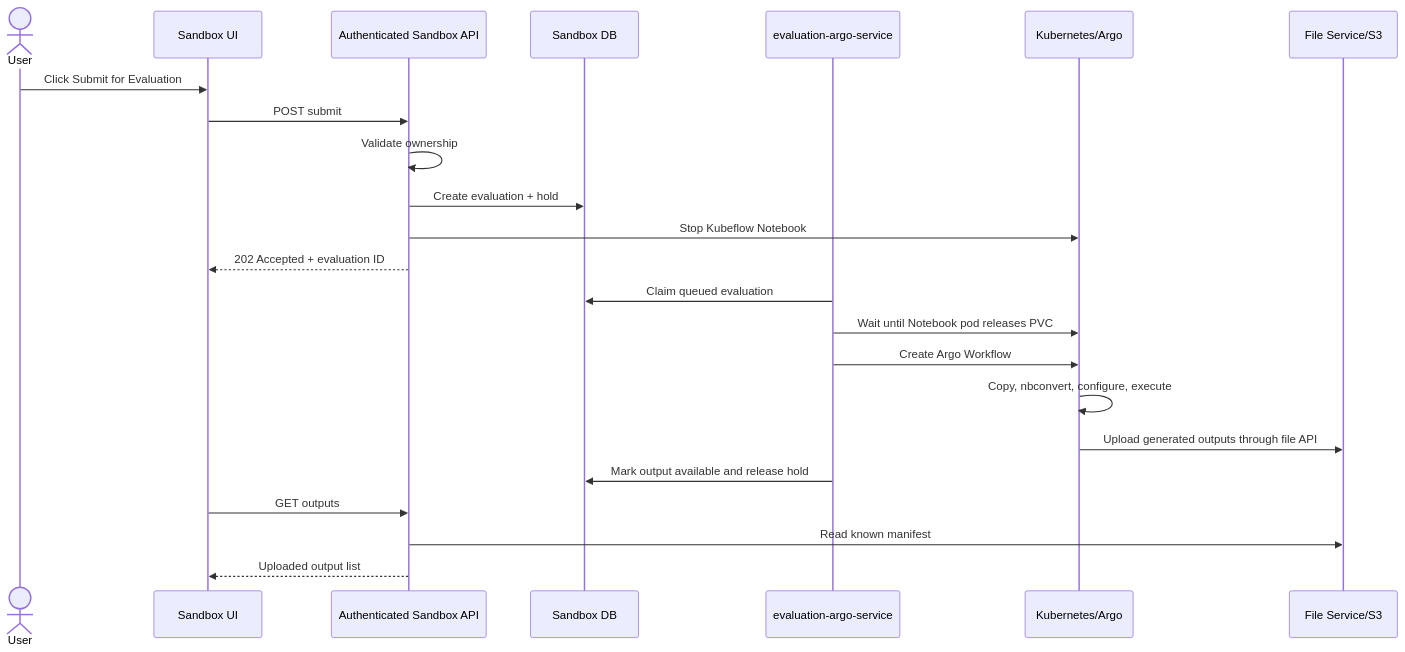
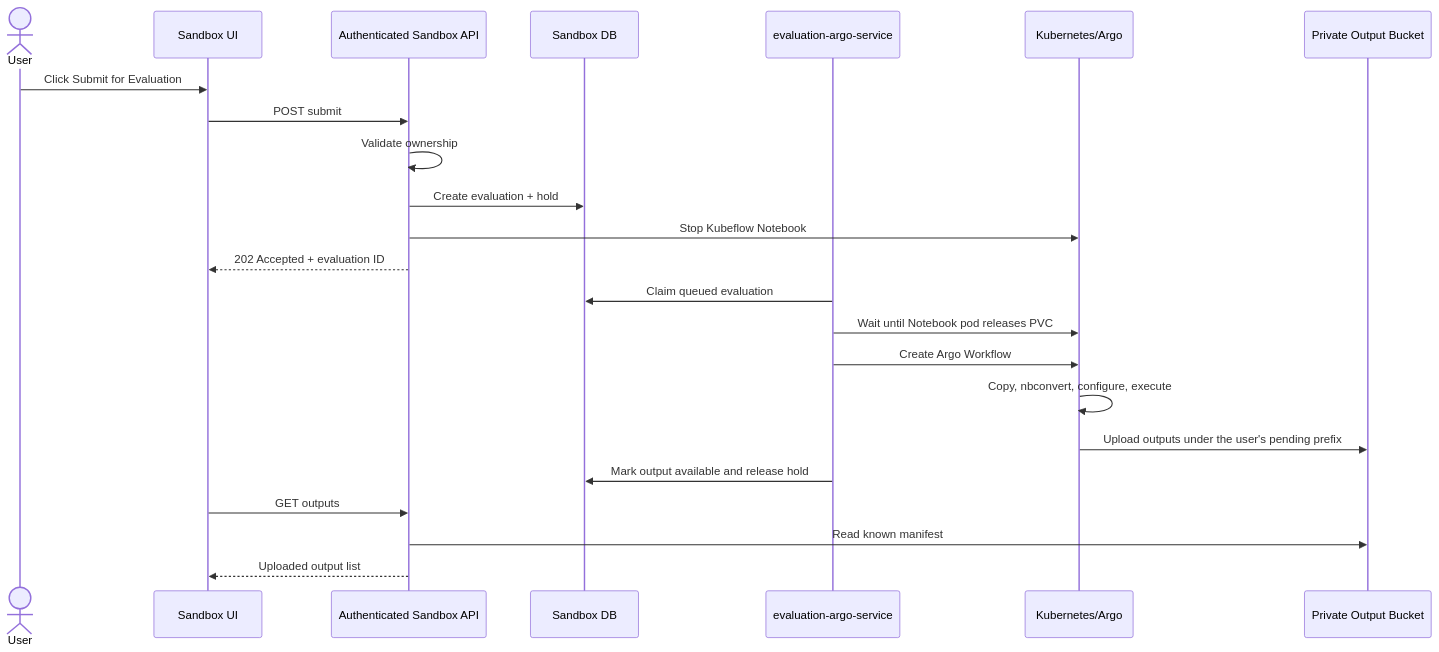
One commit to datakaveri/sandbox-connect-api changed the second of 3 diagrams in docs/evaluation-argo-service-architecture-draft.md. Above: the diagram before and after it, drawn with Mermaid. The commit also changed other lines of this file, not shown here.

Commit message:
docs: use bucket storage for evaluation demo

````diff
--- a/docs/evaluation-argo-service-architecture-draft.md
+++ b/docs/evaluation-argo-service-architecture-draft.md
@@ -129,26 +145,26 @@
 ```mermaid
 sequenceDiagram
     actor U as User
     participant UI as Sandbox UI
     participant S as Authenticated Sandbox API
     participant D as Sandbox DB
     participant P as evaluation-argo-service
     participant K as Kubernetes/Argo
-    participant F as File Service/S3
+    participant F as Private Output Bucket
 
     U->>UI: Click Submit for Evaluation
     UI->>S: POST submit
     S->>S: Validate ownership
     S->>D: Create evaluation + hold
     S->>K: Stop Kubeflow Notebook
     S-->>UI: 202 Accepted + evaluation ID
     P->>D: Claim queued evaluation
     P->>K: Wait until Notebook pod releases PVC
     P->>K: Create Argo Workflow
     K->>K: Copy, nbconvert, configure, execute
-    K->>F: Upload generated outputs through file API
+    K->>F: Upload outputs under the user's pending prefix
     P->>D: Mark output available and release hold
     UI->>S: GET outputs
     S->>F: Read known manifest
     S-->>UI: Uploaded output list
 ```
````
